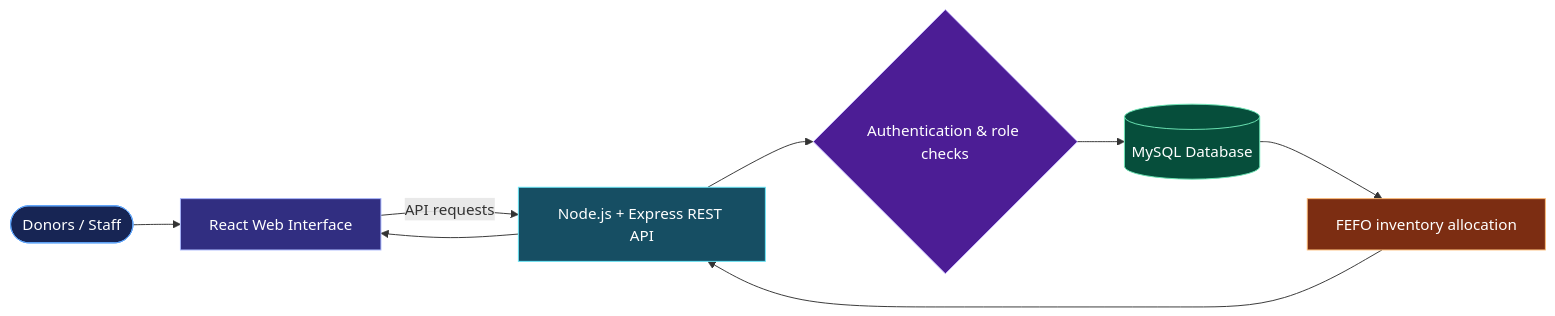
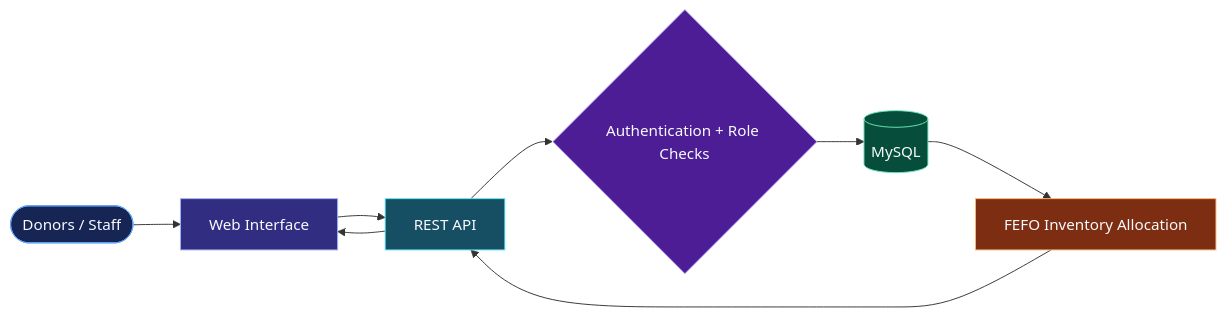
Before and after one commit to SPradhan-code/SPradhan-code: the diagram in README.md, drawn with Mermaid. The commit also changed other lines of this file, not shown here.

````diff
--- a/README.md
+++ b/README.md
@@ -79,16 +219,16 @@
 ```mermaid
 flowchart LR
-    U([Donors / Staff]) --> UI[React Web Interface]
-    UI -->|API requests| API[Node.js + Express REST API]
-    API --> AUTH{Authentication & role checks}
-    AUTH --> DATA[(MySQL Database)]
-    DATA --> INV[FEFO inventory allocation]
+    D([Donors / Staff]) --> FE[Web Interface]
+    FE --> API[REST API]
+    API --> AUTH{Authentication + Role Checks}
+    AUTH --> DB[(MySQL)]
+    DB --> INV[FEFO Inventory Allocation]
     INV --> API
-    API --> UI
-    style U fill:#172554,stroke:#60a5fa,color:#fff
-    style UI fill:#312e81,stroke:#a5b4fc,color:#fff
-    style API fill:#164e63,stroke:#67e8f9,color:#fff
-    style AUTH fill:#4c1d95,stroke:#c4b5fd,color:#fff
-    style DATA fill:#064e3b,stroke:#6ee7b7,color:#fff
-    style INV fill:#7c2d12,stroke:#fdba74,color:#fff
+    API --> FE
+    style D fill:#172554,stroke:#60A5FA,color:#F8FAFC
+    style FE fill:#312E81,stroke:#A5B4FC,color:#F8FAFC
+    style API fill:#164E63,stroke:#67E8F9,color:#F8FAFC
+    style AUTH fill:#4C1D95,stroke:#C4B5FD,color:#F8FAFC
+    style DB fill:#064E3B,stroke:#6EE7B7,color:#F8FAFC
+    style INV fill:#7C2D12,stroke:#FDBA74,color:#F8FAFC
 ```
````
